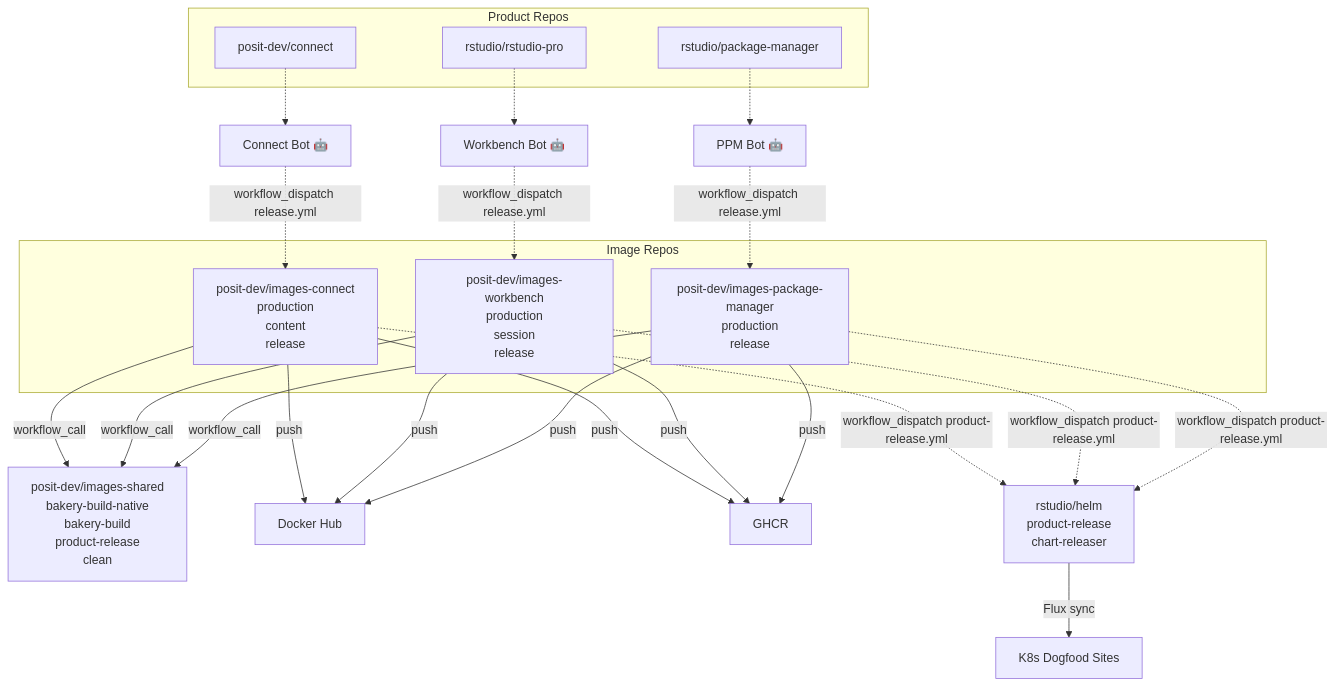
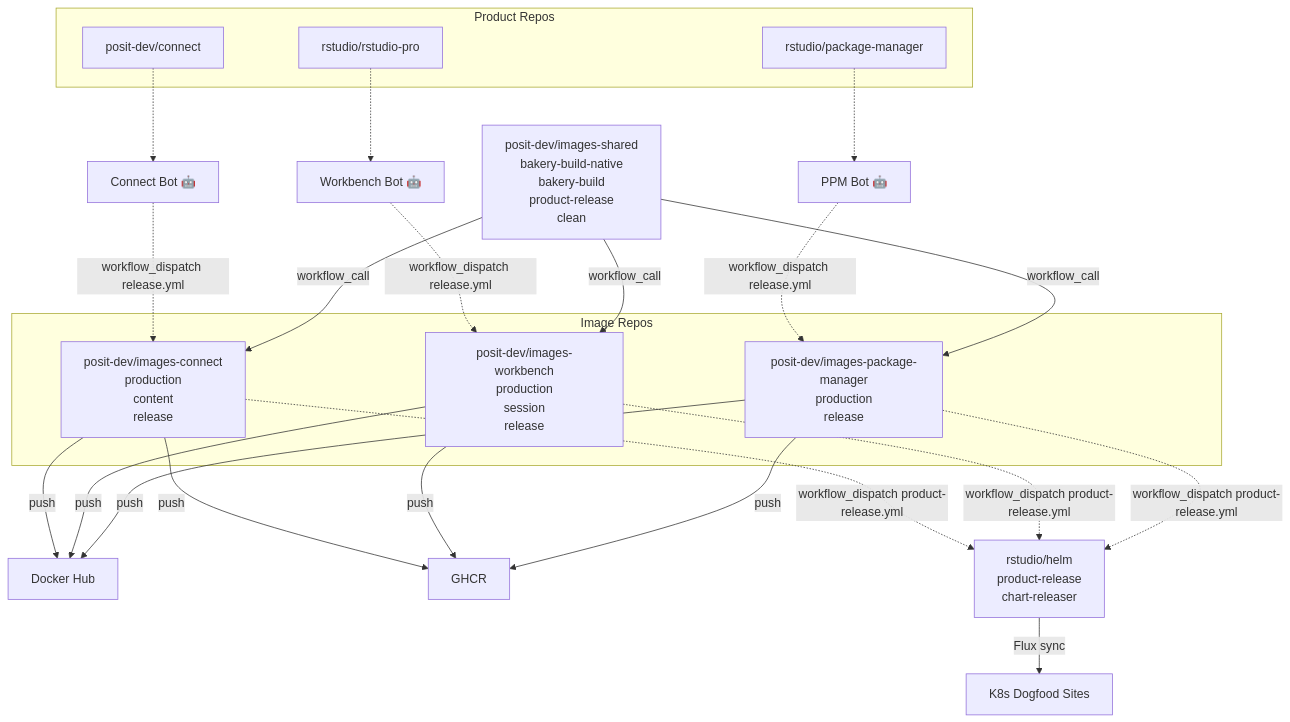
Before and after one commit to posit-dev/images-shared: the second of 3 diagrams in docs/cross-repo-dag.md, drawn with Mermaid. The commit also changed other lines of this file, not shown here.

Commit message:
Place images-shared above image repos in DAG
Reusable workflow arrows now flow top-down from images-shared into
the image repos, matching the visual convention for workflow_call.

````diff
--- a/docs/cross-repo-dag.md
+++ b/docs/cross-repo-dag.md
@@ -48,51 +48,51 @@
 ```mermaid
 graph TD
     subgraph "Product Repos"
         CONNECT_PROD["posit-dev/connect"]
         WORKBENCH_PROD["rstudio/rstudio-pro"]
         PPM_PROD["rstudio/package-manager"]
     end
 
     CONNECT_BOT["Connect Bot 🤖"]
     WORKBENCH_BOT["Workbench Bot 🤖"]
     PPM_BOT["PPM Bot 🤖"]
 
     CONNECT_PROD -.-> CONNECT_BOT
     WORKBENCH_PROD -.-> WORKBENCH_BOT
     PPM_PROD -.-> PPM_BOT
 
     CONNECT_BOT -.->|"workflow_dispatch release.yml"| IMG_CONNECT
     WORKBENCH_BOT -.->|"workflow_dispatch release.yml"| IMG_WORKBENCH
     PPM_BOT -.->|"workflow_dispatch release.yml"| IMG_PM
 
+    SHARED["posit-dev/images-shared<br/>bakery-build-native<br/>bakery-build<br/>product-release<br/>clean"]
+
+    SHARED -->|workflow_call| IMG_CONNECT
+    SHARED -->|workflow_call| IMG_WORKBENCH
+    SHARED -->|workflow_call| IMG_PM
+
     subgraph "Image Repos"
         IMG_CONNECT["posit-dev/images-connect<br/>production<br/>content<br/>release"]
         IMG_WORKBENCH["posit-dev/images-workbench<br/>production<br/>session<br/>release"]
         IMG_PM["posit-dev/images-package-manager<br/>production<br/>release"]
     end
-
-    IMG_CONNECT -->|workflow_call| SHARED
-    IMG_WORKBENCH -->|workflow_call| SHARED
-    IMG_PM -->|workflow_call| SHARED
-
-    SHARED["posit-dev/images-shared<br/>bakery-build-native<br/>bakery-build<br/>product-release<br/>clean"]
 
     IMG_CONNECT -->|push| DOCKERHUB
     IMG_CONNECT -->|push| GHCR
     IMG_WORKBENCH -->|push| DOCKERHUB
     IMG_WORKBENCH -->|push| GHCR
     IMG_PM -->|push| DOCKERHUB
     IMG_PM -->|push| GHCR
 
     DOCKERHUB["Docker Hub"]
     GHCR["GHCR"]
 
     IMG_CONNECT -.->|"workflow_dispatch product-release.yml"| HELM
     IMG_WORKBENCH -.->|"workflow_dispatch product-release.yml"| HELM
     IMG_PM -.->|"workflow_dispatch product-release.yml"| HELM
 
     HELM["rstudio/helm<br/>product-release<br/>chart-releaser"]
     HELM -->|Flux sync| K8S
 
     K8S["K8s Dogfood Sites"]
 ```
````
